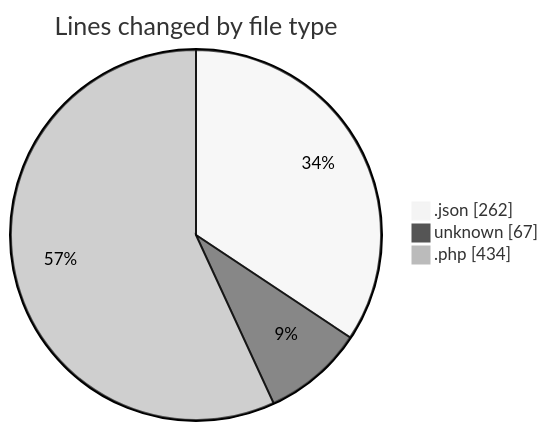
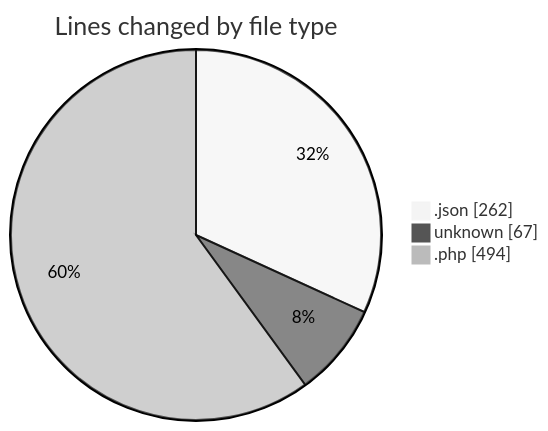
Before and after one commit to idhammustaqopulfikri/code-tracking: the first of 2 diagrams in 2025-10-05/laravel-penyewaan-lapangan-futsal/README.md, drawn with Mermaid (neutral theme). The commit also changed other lines of this file and 1 other file, not shown here.

````diff
--- a/2025-10-05/laravel-penyewaan-lapangan-futsal/README.md
+++ b/2025-10-05/laravel-penyewaan-lapangan-futsal/README.md
@@ -25,7 +26,7 @@
 ```mermaid
 pie showData
 title Lines changed by file type
 ".json" : 262
 "unknown" : 67
-".php" : 434
+".php" : 494
 ```
````
